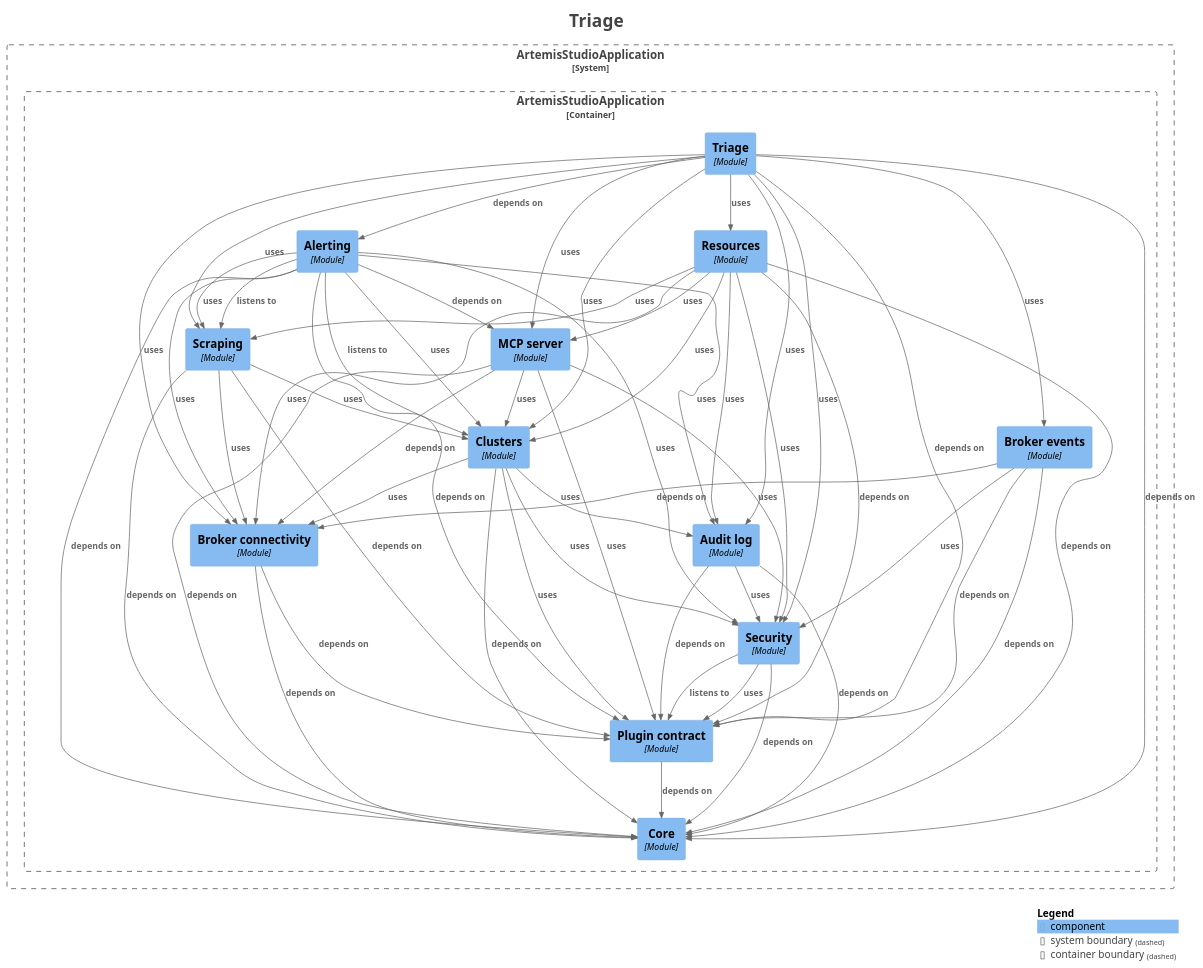
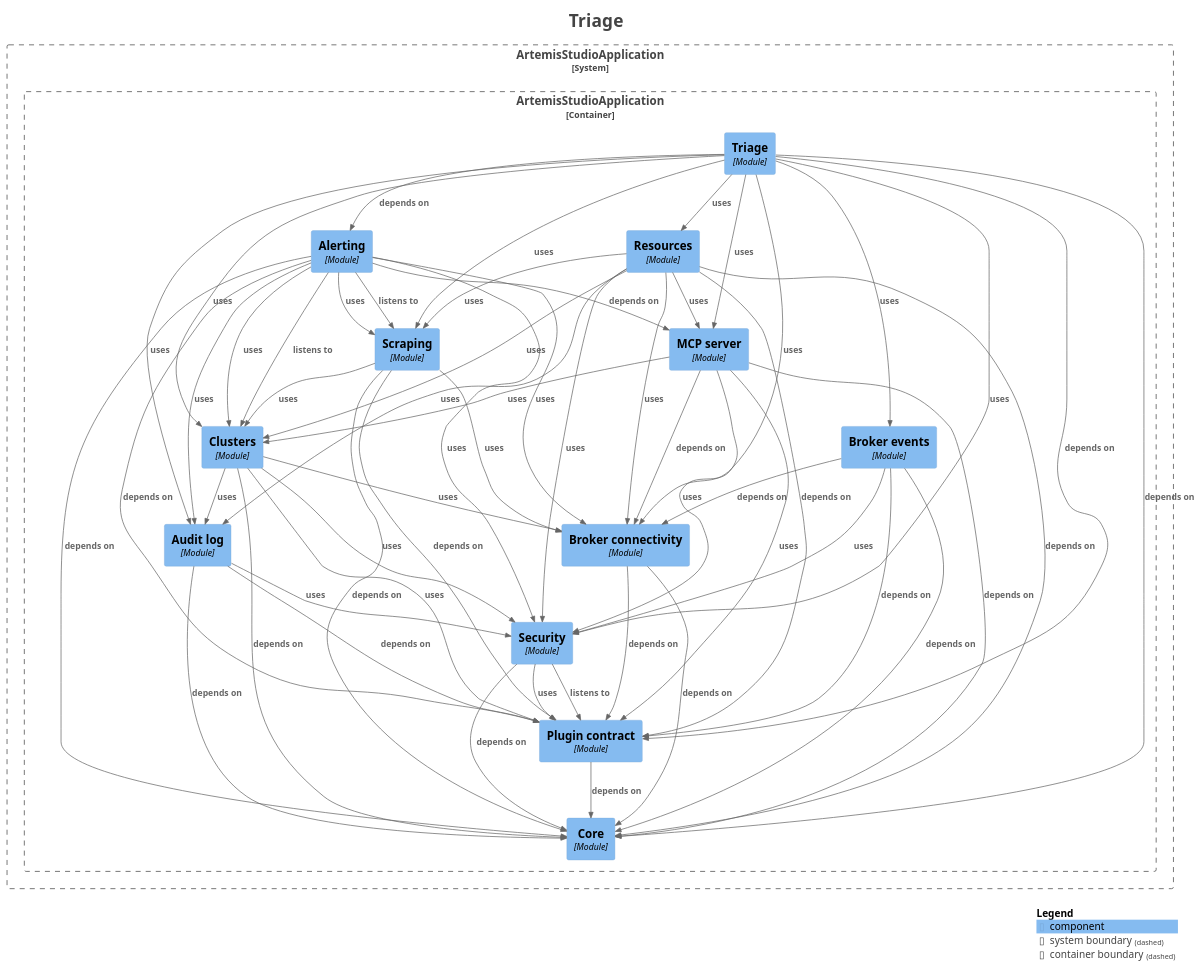
One commit to sudoitir/artemis-studio changed the diagram in docs/modules/module-feature.triage.puml. Above: the diagram before and after it, drawn with PlantUML. The commit also changed other lines of this file and 96 other files, not shown here.

```diff
--- a/docs/modules/module-feature.triage.puml
+++ b/docs/modules/module-feature.triage.puml
@@ -1,95 +1,95 @@
 @startuml
 title <size:24>Triage</size>
 
 set separator none
 top to bottom direction
 
 <style>
   root {
     BackgroundColor: #ffffff
     FontColor: #444444
   }
 </style>
 
 !include <C4/C4>
 !include <C4/C4_Context>
 !include <C4/C4_Component>
 
 System_Boundary("ArtemisStudioApplication_boundary", "ArtemisStudioApplication", $tags="") {
   Container_Boundary("ArtemisStudioApplication.ArtemisStudioApplication_boundary", "ArtemisStudioApplication", $tags="") {
     Component(ArtemisStudioApplication.ArtemisStudioApplication.Brokerconnectivity, "Broker connectivity", $techn="Module", $descr="", $tags="", $link="")
+    Component(ArtemisStudioApplication.ArtemisStudioApplication.Clusters, "Clusters", $techn="Module", $descr="", $tags="", $link="")
     Component(ArtemisStudioApplication.ArtemisStudioApplication.Brokerevents, "Broker events", $techn="Module", $descr="", $tags="", $link="")
-    Component(ArtemisStudioApplication.ArtemisStudioApplication.Clusters, "Clusters", $techn="Module", $descr="", $tags="", $link="")
     Component(ArtemisStudioApplication.ArtemisStudioApplication.MCPserver, "MCP server", $techn="Module", $descr="", $tags="", $link="")
     Component(ArtemisStudioApplication.ArtemisStudioApplication.Scraping, "Scraping", $techn="Module", $descr="", $tags="", $link="")
     Component(ArtemisStudioApplication.ArtemisStudioApplication.Alerting, "Alerting", $techn="Module", $descr="", $tags="", $link="")
     Component(ArtemisStudioApplication.ArtemisStudioApplication.Resources, "Resources", $techn="Module", $descr="", $tags="", $link="")
     Component(ArtemisStudioApplication.ArtemisStudioApplication.Core, "Core", $techn="Module", $descr="", $tags="", $link="")
     Component(ArtemisStudioApplication.ArtemisStudioApplication.Triage, "Triage", $techn="Module", $descr="", $tags="", $link="")
     Component(ArtemisStudioApplication.ArtemisStudioApplication.Plugincontract, "Plugin contract", $techn="Module", $descr="", $tags="", $link="")
     Component(ArtemisStudioApplication.ArtemisStudioApplication.Security, "Security", $techn="Module", $descr="", $tags="", $link="")
     Component(ArtemisStudioApplication.ArtemisStudioApplication.Auditlog, "Audit log", $techn="Module", $descr="", $tags="", $link="")
   }
 
 }
 
 Rel(ArtemisStudioApplication.ArtemisStudioApplication.Alerting, ArtemisStudioApplication.ArtemisStudioApplication.Auditlog, "uses", $techn="", $tags="", $link="")
 Rel(ArtemisStudioApplication.ArtemisStudioApplication.Alerting, ArtemisStudioApplication.ArtemisStudioApplication.Brokerconnectivity, "uses", $techn="", $tags="", $link="")
 Rel(ArtemisStudioApplication.ArtemisStudioApplication.Alerting, ArtemisStudioApplication.ArtemisStudioApplication.Clusters, "listens to", $techn="", $tags="", $link="")
 Rel(ArtemisStudioApplication.ArtemisStudioApplication.Alerting, ArtemisStudioApplication.ArtemisStudioApplication.Clusters, "uses", $techn="", $tags="", $link="")
 Rel(ArtemisStudioApplication.ArtemisStudioApplication.Alerting, ArtemisStudioApplication.ArtemisStudioApplication.Core, "depends on", $techn="", $tags="", $link="")
 Rel(ArtemisStudioApplication.ArtemisStudioApplication.Alerting, ArtemisStudioApplication.ArtemisStudioApplication.MCPserver, "depends on", $techn="", $tags="", $link="")
 Rel(ArtemisStudioApplication.ArtemisStudioApplication.Alerting, ArtemisStudioApplication.ArtemisStudioApplication.Plugincontract, "depends on", $techn="", $tags="", $link="")
 Rel(ArtemisStudioApplication.ArtemisStudioApplication.Alerting, ArtemisStudioApplication.ArtemisStudioApplication.Scraping, "listens to", $techn="", $tags="", $link="")
 Rel(ArtemisStudioApplication.ArtemisStudioApplication.Alerting, ArtemisStudioApplication.ArtemisStudioApplication.Scraping, "uses", $techn="", $tags="", $link="")
 Rel(ArtemisStudioApplication.ArtemisStudioApplication.Alerting, ArtemisStudioApplication.ArtemisStudioApplication.Security, "uses", $techn="", $tags="", $link="")
 Rel(ArtemisStudioApplication.ArtemisStudioApplication.Auditlog, ArtemisStudioApplication.ArtemisStudioApplication.Core, "depends on", $techn="", $tags="", $link="")
 Rel(ArtemisStudioApplication.ArtemisStudioApplication.Auditlog, ArtemisStudioApplication.ArtemisStudioApplication.Plugincontract, "depends on", $techn="", $tags="", $link="")
 Rel(ArtemisStudioApplication.ArtemisStudioApplication.Auditlog, ArtemisStudioApplication.ArtemisStudioApplication.Security, "uses", $techn="", $tags="", $link="")
 Rel(ArtemisStudioApplication.ArtemisStudioApplication.Brokerconnectivity, ArtemisStudioApplication.ArtemisStudioApplication.Core, "depends on", $techn="", $tags="", $link="")
 Rel(ArtemisStudioApplication.ArtemisStudioApplication.Brokerconnectivity, ArtemisStudioApplication.ArtemisStudioApplication.Plugincontract, "depends on", $techn="", $tags="", $link="")
 Rel(ArtemisStudioApplication.ArtemisStudioApplication.Brokerevents, ArtemisStudioApplication.ArtemisStudioApplication.Brokerconnectivity, "depends on", $techn="", $tags="", $link="")
 Rel(ArtemisStudioApplication.ArtemisStudioApplication.Brokerevents, ArtemisStudioApplication.ArtemisStudioApplication.Core, "depends on", $techn="", $tags="", $link="")
 Rel(ArtemisStudioApplication.ArtemisStudioApplication.Brokerevents, ArtemisStudioApplication.ArtemisStudioApplication.Plugincontract, "depends on", $techn="", $tags="", $link="")
 Rel(ArtemisStudioApplication.ArtemisStudioApplication.Brokerevents, ArtemisStudioApplication.ArtemisStudioApplication.Security, "uses", $techn="", $tags="", $link="")
 Rel(ArtemisStudioApplication.ArtemisStudioApplication.Clusters, ArtemisStudioApplication.ArtemisStudioApplication.Auditlog, "uses", $techn="", $tags="", $link="")
 Rel(ArtemisStudioApplication.ArtemisStudioApplication.Clusters, ArtemisStudioApplication.ArtemisStudioApplication.Brokerconnectivity, "uses", $techn="", $tags="", $link="")
 Rel(ArtemisStudioApplication.ArtemisStudioApplication.Clusters, ArtemisStudioApplication.ArtemisStudioApplication.Core, "depends on", $techn="", $tags="", $link="")
 Rel(ArtemisStudioApplication.ArtemisStudioApplication.Clusters, ArtemisStudioApplication.ArtemisStudioApplication.Plugincontract, "uses", $techn="", $tags="", $link="")
 Rel(ArtemisStudioApplication.ArtemisStudioApplication.Clusters, ArtemisStudioApplication.ArtemisStudioApplication.Security, "uses", $techn="", $tags="", $link="")
 Rel(ArtemisStudioApplication.ArtemisStudioApplication.MCPserver, ArtemisStudioApplication.ArtemisStudioApplication.Brokerconnectivity, "depends on", $techn="", $tags="", $link="")
 Rel(ArtemisStudioApplication.ArtemisStudioApplication.MCPserver, ArtemisStudioApplication.ArtemisStudioApplication.Clusters, "uses", $techn="", $tags="", $link="")
 Rel(ArtemisStudioApplication.ArtemisStudioApplication.MCPserver, ArtemisStudioApplication.ArtemisStudioApplication.Core, "depends on", $techn="", $tags="", $link="")
 Rel(ArtemisStudioApplication.ArtemisStudioApplication.MCPserver, ArtemisStudioApplication.ArtemisStudioApplication.Plugincontract, "uses", $techn="", $tags="", $link="")
 Rel(ArtemisStudioApplication.ArtemisStudioApplication.MCPserver, ArtemisStudioApplication.ArtemisStudioApplication.Security, "uses", $techn="", $tags="", $link="")
 Rel(ArtemisStudioApplication.ArtemisStudioApplication.Plugincontract, ArtemisStudioApplication.ArtemisStudioApplication.Core, "depends on", $techn="", $tags="", $link="")
 Rel(ArtemisStudioApplication.ArtemisStudioApplication.Resources, ArtemisStudioApplication.ArtemisStudioApplication.Auditlog, "uses", $techn="", $tags="", $link="")
 Rel(ArtemisStudioApplication.ArtemisStudioApplication.Resources, ArtemisStudioApplication.ArtemisStudioApplication.Brokerconnectivity, "uses", $techn="", $tags="", $link="")
 Rel(ArtemisStudioApplication.ArtemisStudioApplication.Resources, ArtemisStudioApplication.ArtemisStudioApplication.Clusters, "uses", $techn="", $tags="", $link="")
 Rel(ArtemisStudioApplication.ArtemisStudioApplication.Resources, ArtemisStudioApplication.ArtemisStudioApplication.Core, "depends on", $techn="", $tags="", $link="")
 Rel(ArtemisStudioApplication.ArtemisStudioApplication.Resources, ArtemisStudioApplication.ArtemisStudioApplication.MCPserver, "uses", $techn="", $tags="", $link="")
 Rel(ArtemisStudioApplication.ArtemisStudioApplication.Resources, ArtemisStudioApplication.ArtemisStudioApplication.Plugincontract, "depends on", $techn="", $tags="", $link="")
 Rel(ArtemisStudioApplication.ArtemisStudioApplication.Resources, ArtemisStudioApplication.ArtemisStudioApplication.Scraping, "uses", $techn="", $tags="", $link="")
 Rel(ArtemisStudioApplication.ArtemisStudioApplication.Resources, ArtemisStudioApplication.ArtemisStudioApplication.Security, "uses", $techn="", $tags="", $link="")
 Rel(ArtemisStudioApplication.ArtemisStudioApplication.Scraping, ArtemisStudioApplication.ArtemisStudioApplication.Brokerconnectivity, "uses", $techn="", $tags="", $link="")
 Rel(ArtemisStudioApplication.ArtemisStudioApplication.Scraping, ArtemisStudioApplication.ArtemisStudioApplication.Clusters, "uses", $techn="", $tags="", $link="")
 Rel(ArtemisStudioApplication.ArtemisStudioApplication.Scraping, ArtemisStudioApplication.ArtemisStudioApplication.Core, "depends on", $techn="", $tags="", $link="")
 Rel(ArtemisStudioApplication.ArtemisStudioApplication.Scraping, ArtemisStudioApplication.ArtemisStudioApplication.Plugincontract, "depends on", $techn="", $tags="", $link="")
 Rel(ArtemisStudioApplication.ArtemisStudioApplication.Security, ArtemisStudioApplication.ArtemisStudioApplication.Core, "depends on", $techn="", $tags="", $link="")
 Rel(ArtemisStudioApplication.ArtemisStudioApplication.Security, ArtemisStudioApplication.ArtemisStudioApplication.Plugincontract, "listens to", $techn="", $tags="", $link="")
 Rel(ArtemisStudioApplication.ArtemisStudioApplication.Security, ArtemisStudioApplication.ArtemisStudioApplication.Plugincontract, "uses", $techn="", $tags="", $link="")
 Rel(ArtemisStudioApplication.ArtemisStudioApplication.Triage, ArtemisStudioApplication.ArtemisStudioApplication.Alerting, "depends on", $techn="", $tags="", $link="")
 Rel(ArtemisStudioApplication.ArtemisStudioApplication.Triage, ArtemisStudioApplication.ArtemisStudioApplication.Auditlog, "uses", $techn="", $tags="", $link="")
 Rel(ArtemisStudioApplication.ArtemisStudioApplication.Triage, ArtemisStudioApplication.ArtemisStudioApplication.Brokerconnectivity, "uses", $techn="", $tags="", $link="")
 Rel(ArtemisStudioApplication.ArtemisStudioApplication.Triage, ArtemisStudioApplication.ArtemisStudioApplication.Brokerevents, "uses", $techn="", $tags="", $link="")
 Rel(ArtemisStudioApplication.ArtemisStudioApplication.Triage, ArtemisStudioApplication.ArtemisStudioApplication.Clusters, "uses", $techn="", $tags="", $link="")
 Rel(ArtemisStudioApplication.ArtemisStudioApplication.Triage, ArtemisStudioApplication.ArtemisStudioApplication.Core, "depends on", $techn="", $tags="", $link="")
 Rel(ArtemisStudioApplication.ArtemisStudioApplication.Triage, ArtemisStudioApplication.ArtemisStudioApplication.MCPserver, "uses", $techn="", $tags="", $link="")
 Rel(ArtemisStudioApplication.ArtemisStudioApplication.Triage, ArtemisStudioApplication.ArtemisStudioApplication.Plugincontract, "depends on", $techn="", $tags="", $link="")
 Rel(ArtemisStudioApplication.ArtemisStudioApplication.Triage, ArtemisStudioApplication.ArtemisStudioApplication.Resources, "uses", $techn="", $tags="", $link="")
 Rel(ArtemisStudioApplication.ArtemisStudioApplication.Triage, ArtemisStudioApplication.ArtemisStudioApplication.Scraping, "uses", $techn="", $tags="", $link="")
 Rel(ArtemisStudioApplication.ArtemisStudioApplication.Triage, ArtemisStudioApplication.ArtemisStudioApplication.Security, "uses", $techn="", $tags="", $link="")
 
 SHOW_LEGEND(true)
 hide stereotypes
 @enduml
```
